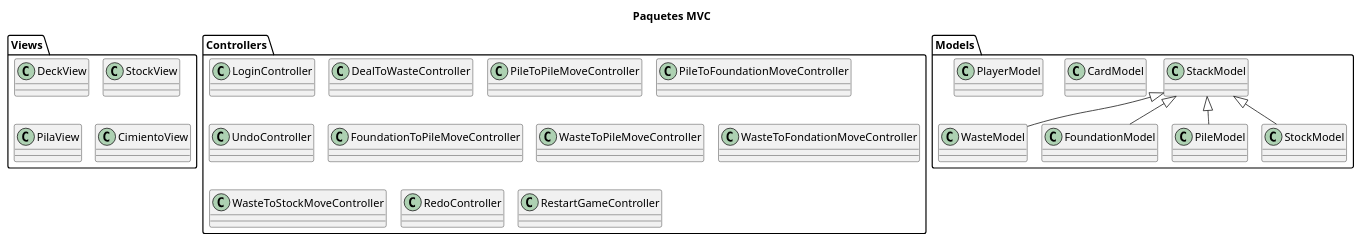
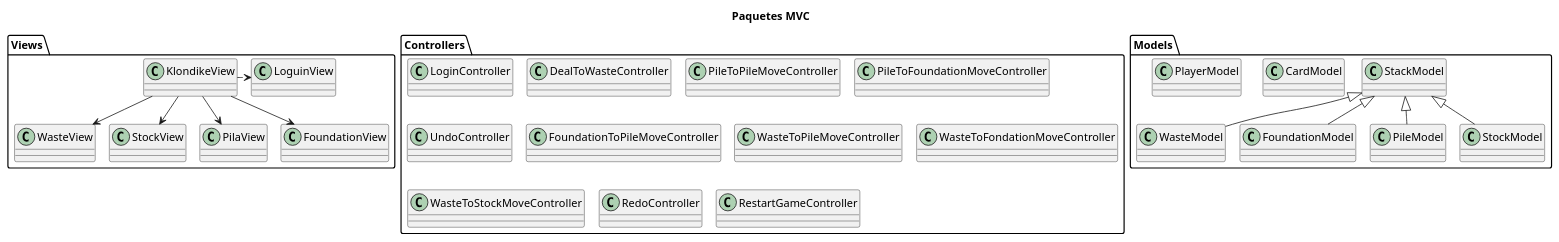
Before and after one commit to AngelOS95P/Maestria_IngSoftware_grupo6: the diagram in 3 Diagramas de Analisis/arquitectura_paquetes_mvc.plantuml, drawn with PlantUML.

Commit message:
Pablo - upd ArquitecturaMVC

```diff
--- a/3 Diagramas de Analisis/arquitectura_paquetes_mvc.plantuml
+++ b/3 Diagramas de Analisis/arquitectura_paquetes_mvc.plantuml
@@ -1,41 +1,51 @@
 @startuml ArquitecturaMVC
 !pragma layout smetana
 title Paquetes MVC
 top to bottom direction
 ' left to right direction
 
 package Views {
-    class DeckView
+    class KlondikeView
+    class WasteView
     class StockView
     class PilaView
-    class CimientoView
+    class FoundationView
+    class LoguinView
+
+    KlondikeView O-down-> WasteView
+    KlondikeView O-down-> StockView
+    KlondikeView O-down-> PilaView
+    KlondikeView O-down-> FoundationView
+
+    KlondikeView .right.> LoguinView
+
 }
 
 package Controllers {
     class LoginController
     class DealToWasteController
     class PileToPileMoveController
     class PileToFoundationMoveController
     class UndoController
     class FoundationToPileMoveController
     class WasteToPileMoveController
     class WasteToFondationMoveController
     class WasteToStockMoveController
     class RedoController
     class RestartGameController
 } 
 package Models {
     class StackModel
     class CardModel
     class PlayerModel
     class WasteModel
     class FoundationModel
     class PileModel
     class StockModel
     StackModel <|-down- WasteModel
     StackModel <|-down- FoundationModel
     StackModel <|-down- PileModel
     StackModel <|-down- StockModel
 }
 
 @enduml 
```
